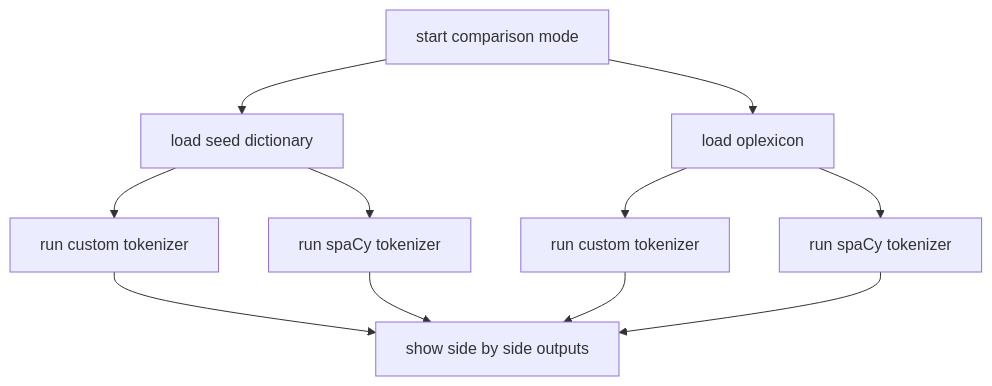
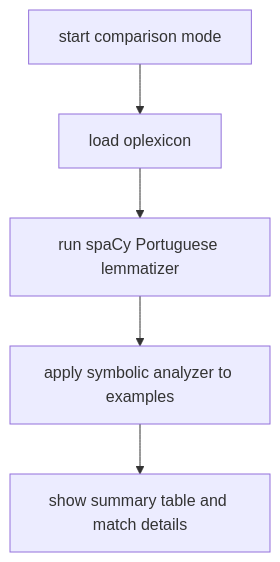
The sixth of 6 diagrams in docs/methodology.md (vicmcorrea/PLN-core), drawn with Mermaid before and after one commit. The commit also changed other lines of this file and 13 other files, not shown here.

First line of the commit message:
feat: integrate spaCy Portuguese lemmatizer into analysis pipeline

````diff
--- a/docs/methodology.md
+++ b/docs/methodology.md
@@ -240,13 +236,7 @@
 ```mermaid
 flowchart TD
-    A[start comparison mode] --> B[load seed dictionary]
-    A --> C[load oplexicon]
-    B --> D[run custom tokenizer]
-    B --> E[run spaCy tokenizer]
-    C --> F[run custom tokenizer]
-    C --> G[run spaCy tokenizer]
-    D --> H[show side by side outputs]
-    E --> H
-    F --> H
-    G --> H
+    A[start comparison mode] --> B[load oplexicon]
+    B --> C[run spaCy Portuguese lemmatizer]
+    C --> D[apply symbolic analyzer to examples]
+    D --> E[show summary table and match details]
 ```
````
